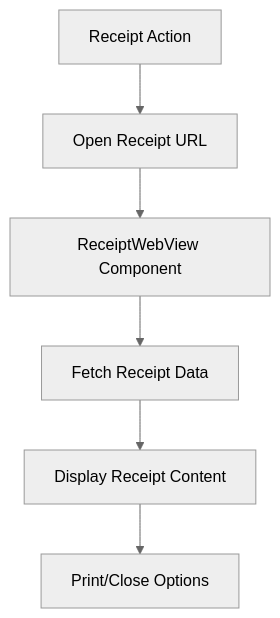
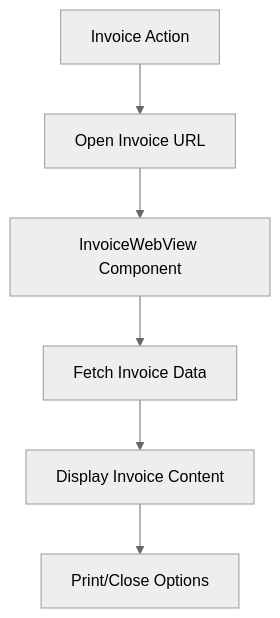
Before and after one commit to Romerolweb/bakery-invoice-generator: the diagram in README.md, drawn with Mermaid (neutral theme). The commit also changed other lines of this file and 22 other files, not shown here.

````diff
--- a/README.md
+++ b/README.md
@@ -358,8 +355,8 @@
 ```mermaid
 graph TD
-    A[Receipt Action] --> B[Open Receipt URL]
-    B --> C[ReceiptWebView Component]
-    C --> D[Fetch Receipt Data]
-    D --> E[Display Receipt Content]
+    A[Invoice Action] --> B[Open Invoice URL]
+    B --> C[InvoiceWebView Component]
+    C --> D[Fetch Invoice Data]
+    D --> E[Display Invoice Content]
     E --> F[Print/Close Options]
 ```
````
